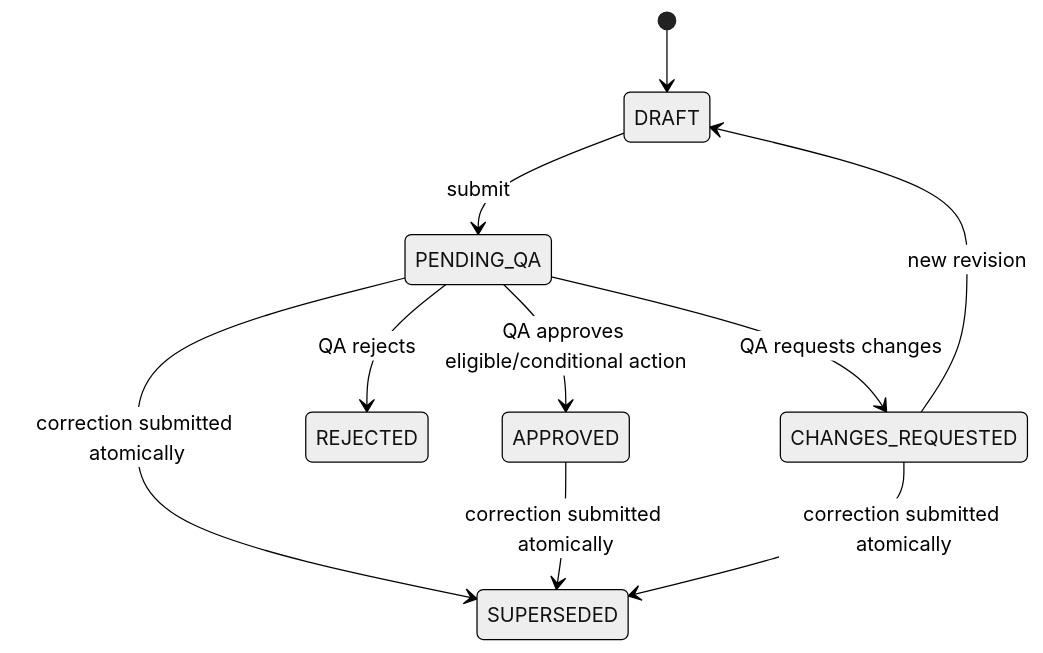
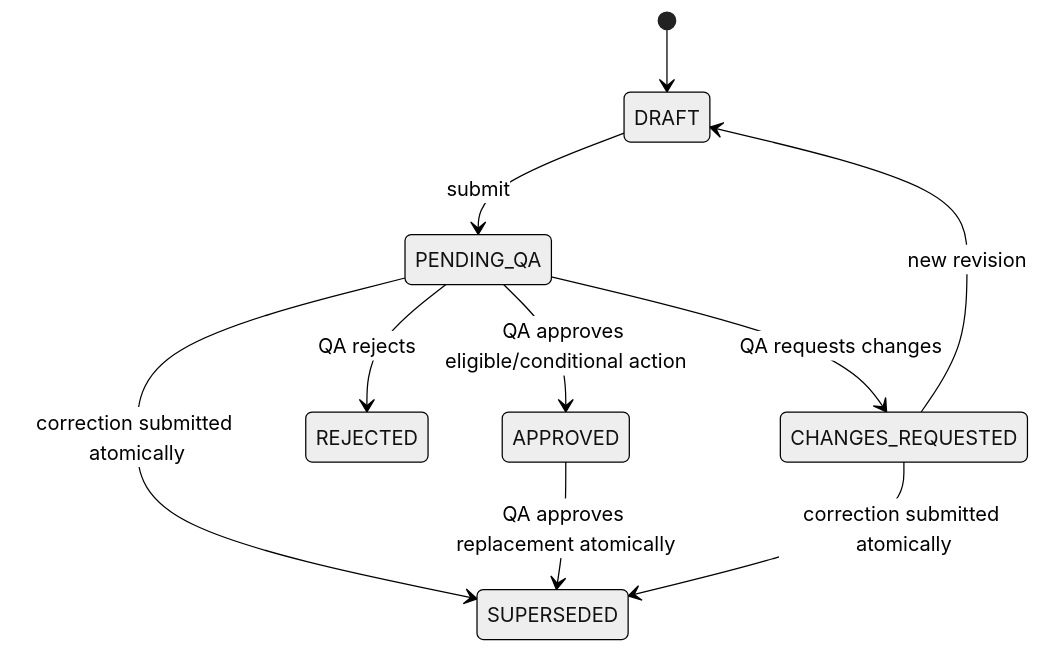
Before and after one commit to P-PrPas/Cold-Chain-Decision-Intelligence-Platform: the fourth of 5 diagrams in docs/ARCHITECTUR.md, drawn with Mermaid (neutral theme). The commit also changed other lines of this file and 6 other files, not shown here.

````diff
--- a/docs/ARCHITECTUR.md
+++ b/docs/ARCHITECTUR.md
@@ -277,12 +277,12 @@
 ```mermaid
 stateDiagram-v2
   [*] --> DRAFT
   DRAFT --> PENDING_QA: submit
   PENDING_QA --> APPROVED: QA approves eligible/conditional action
   PENDING_QA --> REJECTED: QA rejects
   PENDING_QA --> CHANGES_REQUESTED: QA requests changes
   CHANGES_REQUESTED --> DRAFT: new revision
   PENDING_QA --> SUPERSEDED: correction submitted atomically
-  APPROVED --> SUPERSEDED: correction submitted atomically
+  APPROVED --> SUPERSEDED: QA approves replacement atomically
   CHANGES_REQUESTED --> SUPERSEDED: correction submitted atomically
 ```
````
